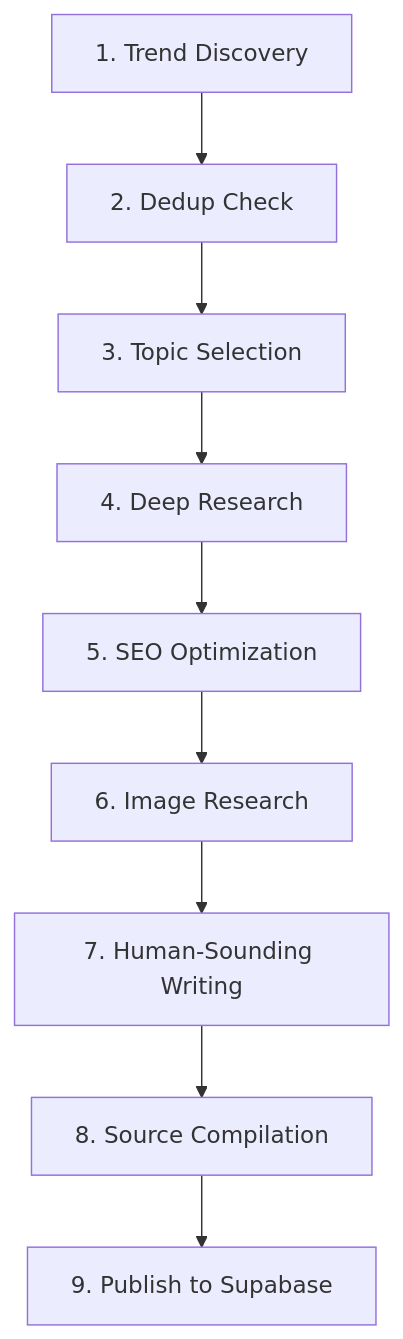
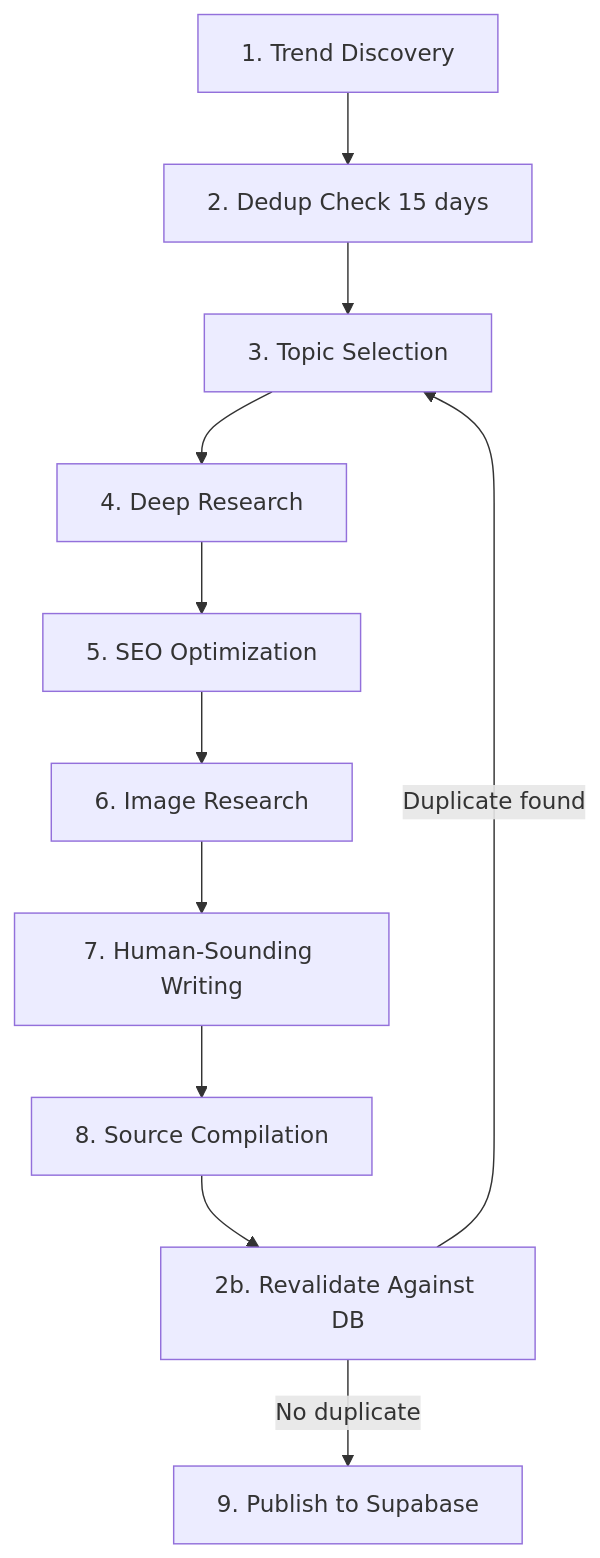
Before and after one commit to 360ghar/360ghar-backend: the diagram in .factory/skills/viral-blog-publisher/SKILL.md, drawn with Mermaid. The commit also changed other lines of this file and 134 other files, not shown here.

````diff
--- a/.factory/skills/viral-blog-publisher/SKILL.md
+++ b/.factory/skills/viral-blog-publisher/SKILL.md
@@ -12,11 +12,13 @@
 ```mermaid
 flowchart TD
-    A[1. Trend Discovery] --> B[2. Dedup Check]
+    A[1. Trend Discovery] --> B[2. Dedup Check 15 days]
     B --> C[3. Topic Selection]
     C --> D[4. Deep Research]
     D --> E[5. SEO Optimization]
     E --> F[6. Image Research]
     F --> G[7. Human-Sounding Writing]
     G --> H[8. Source Compilation]
-    H --> I[9. Publish to Supabase]
+    H --> J[2b. Revalidate Against DB]
+    J -->|No duplicate| I[9. Publish to Supabase]
+    J -->|Duplicate found| C
 ```
````
